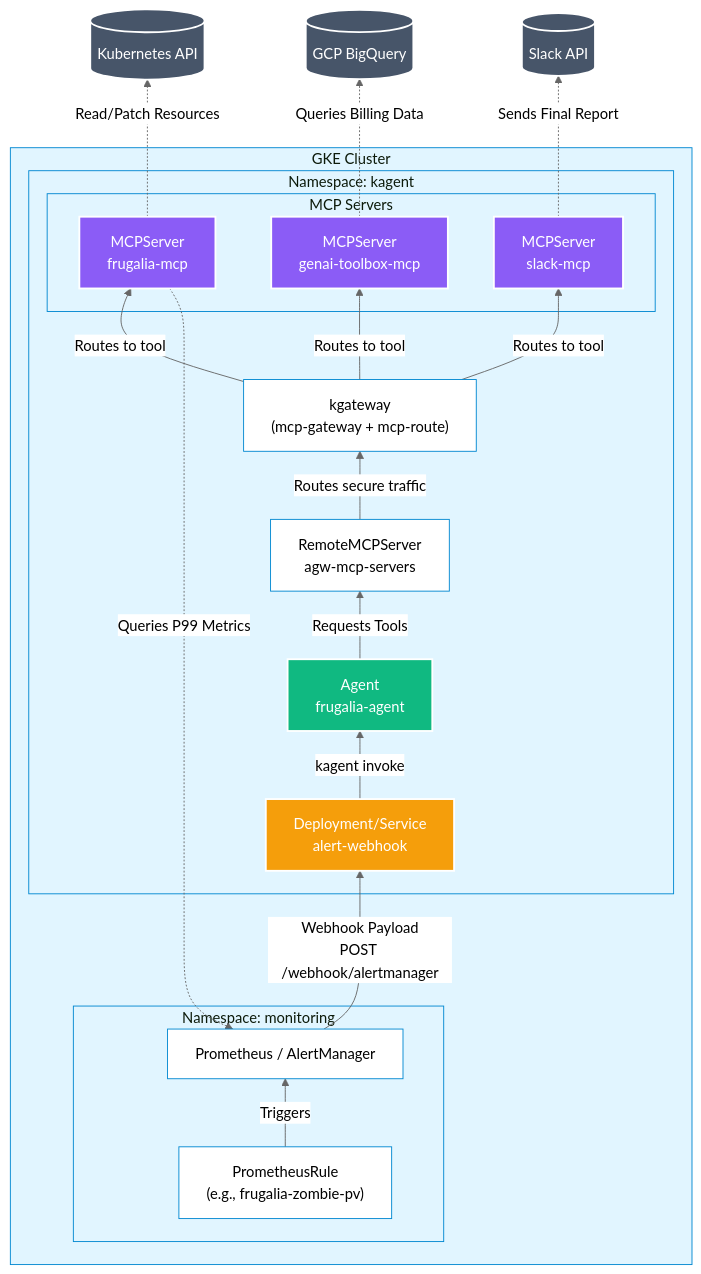
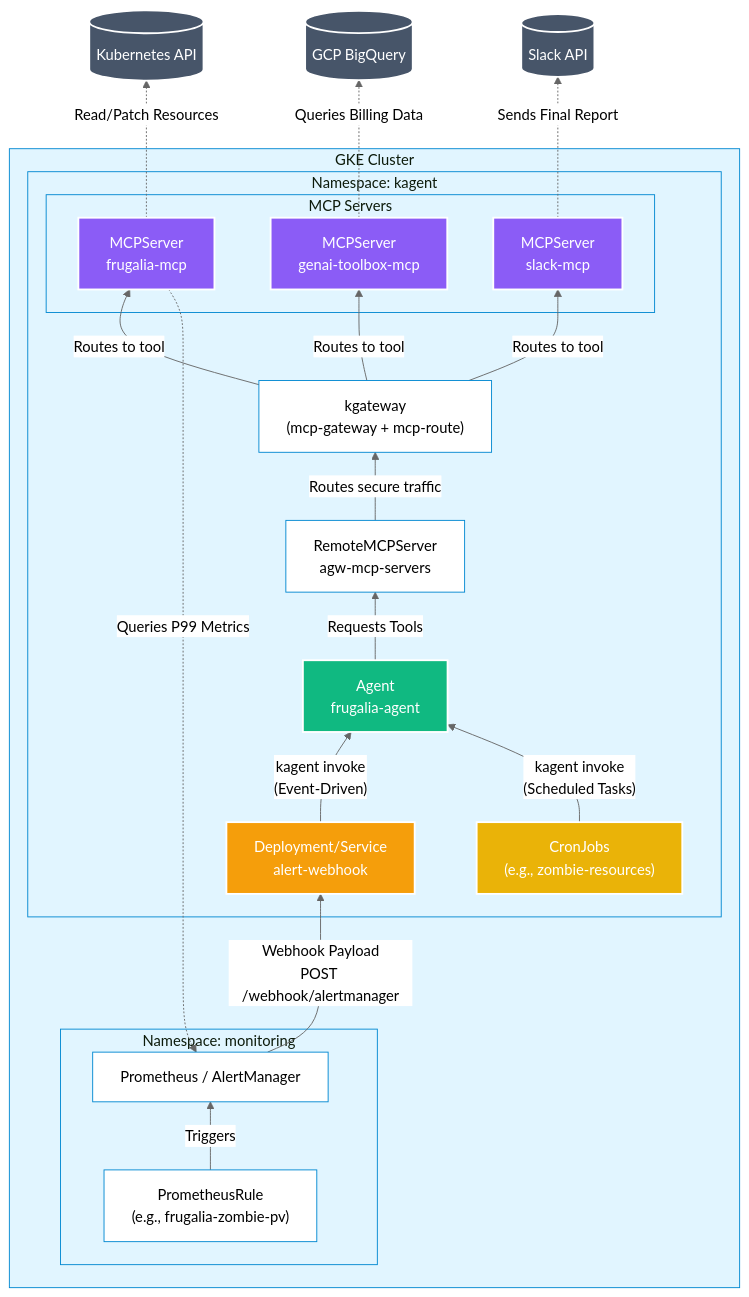
The diagram in README.md (salvador-arreola/frugalia-mcp), drawn with Mermaid before and after one commit.

Commit message:
Enhance README with CronJobs and invocation details
Added CronJobs to the kagent namespace and updated invocation descriptions.

````diff
--- a/README.md
+++ b/README.md
@@ -7,48 +7,53 @@
 ```mermaid
 %%{init: {'theme':'base', 'themeVariables': { 'background':'#ffffff', 'mainBkg':'#ffffff', 'secondBkg':'#ffffff', 'tertiaryBkg':'#ffffff', 'primaryColor':'#e1f5ff', 'primaryTextColor':'#000', 'primaryBorderColor':'#0288d1', 'lineColor':'#666', 'secondaryColor':'#fff3e0', 'tertiaryColor':'#f3e5f5', 'clusterBkg':'#e1f5ff', 'clusterBorder':'#0288d1', 'edgeLabelBackground':'#ffffff' }}}%%
 flowchart BT
  subgraph ns_monitoring["Namespace: monitoring"]
         AlertRule["PrometheusRule<br>(e.g., frugalia-zombie-pv)"]
         PromManager["Prometheus / AlertManager"]
   end
  subgraph MCP_Servers["MCP Servers"]
         FrugaliaMCP["MCPServer<br>frugalia-mcp"]
         GenAIMCP["MCPServer<br>genai-toolbox-mcp"]
         SlackMCP["MCPServer<br>slack-mcp"]
   end
  subgraph ns_kagent["Namespace: kagent"]
+        CronJobs["CronJobs<br>(e.g., zombie-resources)"]
         Webhook["Deployment/Service<br>alert-webhook"]
         Agent["Agent<br>frugalia-agent"]
         RemoteMCP["RemoteMCPServer<br>agw-mcp-servers"]
         Gateway["kgateway<br>(mcp-gateway + mcp-route)"]
         MCP_Servers
   end
  subgraph GKE["GKE Cluster"]
         ns_monitoring
         ns_kagent
   end
     AlertRule -- Triggers --> PromManager
-    Webhook -- kagent invoke --> Agent
+    Webhook -- kagent invoke<br>(Event-Driven) --> Agent
+    CronJobs -- kagent invoke<br>(Scheduled Tasks) --> Agent
     Agent -- Requests Tools --> RemoteMCP
     RemoteMCP -- Routes secure traffic --> Gateway
     Gateway -- Routes to tool --> FrugaliaMCP & GenAIMCP & SlackMCP
     PromManager -- Webhook Payload<br>POST /webhook/alertmanager --> Webhook
     FrugaliaMCP -. Queries P99 Metrics .-> PromManager
     FrugaliaMCP -. Read/Patch Resources .-> K8sAPI[("Kubernetes API")]
     GenAIMCP -. Queries Billing Data .-> BigQuery[("GCP BigQuery")]
     SlackMCP -. Sends Final Report .-> SlackAPI[("Slack API")]
 
      FrugaliaMCP:::mcp
      GenAIMCP:::mcp
      SlackMCP:::mcp
      Webhook:::webhook
+     CronJobs:::cronjob
      Agent:::agent
      K8sAPI:::external
      BigQuery:::external
      SlackAPI:::external
+     
     classDef k8s fill:#326ce5,stroke:#fff,stroke-width:2px,color:#fff
     classDef agent fill:#10b981,stroke:#fff,stroke-width:2px,color:#fff
     classDef mcp fill:#8b5cf6,stroke:#fff,stroke-width:2px,color:#fff
     classDef webhook fill:#f59e0b,stroke:#fff,stroke-width:2px,color:#fff
+    classDef cronjob fill:#eab308,stroke:#fff,stroke-width:2px,color:#fff
     classDef external fill:#475569,stroke:#fff,stroke-width:2px,color:#fff
 ```
````
